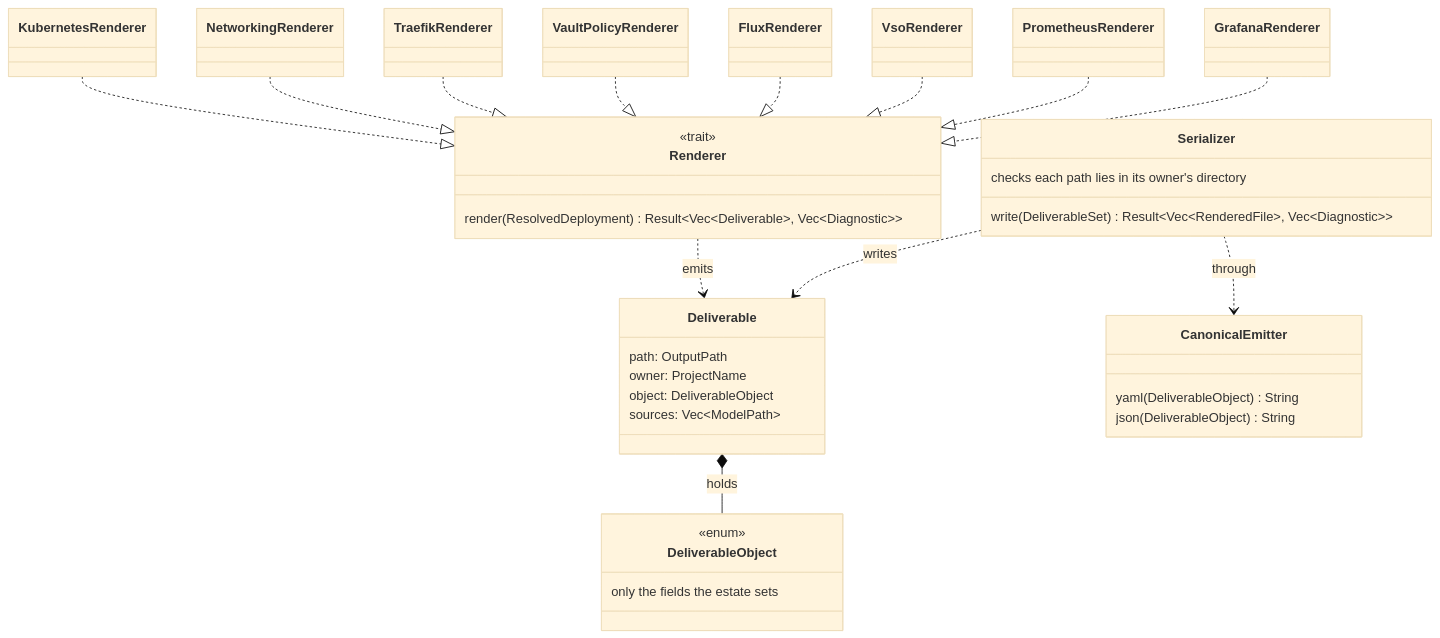
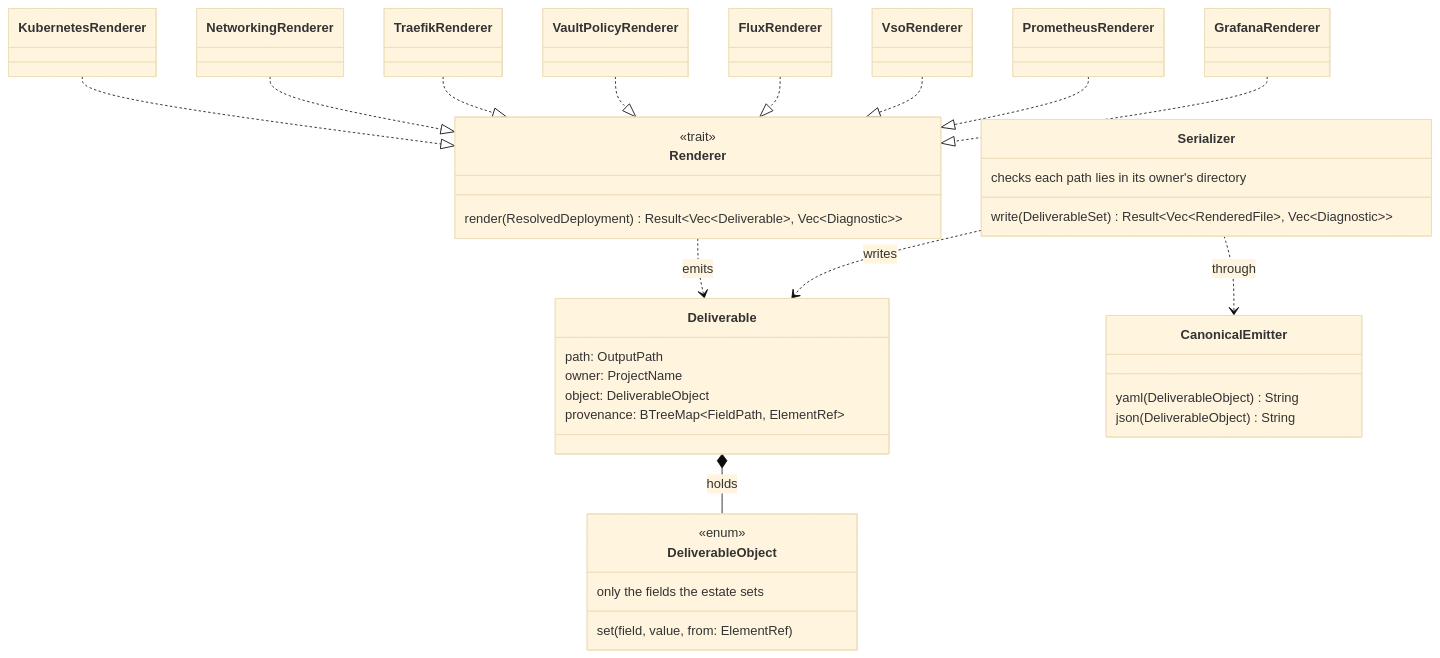
One commit to JorisJonkers-dev/estate-kit changed the diagram in docs/diagrams/raw/rust-step-render.mmd. Above: the diagram before and after it, drawn with Mermaid (base theme). The commit also changed 20 other files, not shown here.

```diff
--- a/docs/diagrams/raw/rust-step-render.mmd
+++ b/docs/diagrams/raw/rust-step-render.mmd
@@ -1,57 +1,58 @@
 %% title: Rust: eight renderers behind one trait, and one serializer
 classDiagram
     direction TB
     class Renderer {
         <<trait>>
         render(ResolvedDeployment) Result#lt;Vec#lt;Deliverable#gt;, Vec#lt;Diagnostic#gt;#gt;
     }
     class KubernetesRenderer {
     }
     class NetworkingRenderer {
     }
     class TraefikRenderer {
     }
     class VaultPolicyRenderer {
     }
     class FluxRenderer {
     }
     class VsoRenderer {
     }
     class PrometheusRenderer {
     }
     class GrafanaRenderer {
     }
     class Deliverable {
         path: OutputPath
         owner: ProjectName
         object: DeliverableObject
-        sources: Vec#lt;ModelPath#gt;
+        provenance: BTreeMap#lt;FieldPath, ElementRef#gt;
     }
     class DeliverableObject {
         <<enum>>
         only the fields the estate sets
+        set(field, value, from: ElementRef)
     }
     class Serializer {
         write(DeliverableSet) Result#lt;Vec#lt;RenderedFile#gt;, Vec#lt;Diagnostic#gt;#gt;
         checks each path lies in its owner's directory
     }
     class CanonicalEmitter {
         yaml(DeliverableObject) String
         json(DeliverableObject) String
     }
     KubernetesRenderer ..|> Renderer
     NetworkingRenderer ..|> Renderer
     TraefikRenderer ..|> Renderer
     VaultPolicyRenderer ..|> Renderer
     FluxRenderer ..|> Renderer
     VsoRenderer ..|> Renderer
     PrometheusRenderer ..|> Renderer
     GrafanaRenderer ..|> Renderer
     Renderer ..> Deliverable : emits
     Deliverable *-- DeliverableObject : holds
     Serializer ..> Deliverable : writes
     Serializer ..> CanonicalEmitter : through
     classDef accent fill:#0000a1,stroke:#0000b1
     classDef data fill:#0000a2,stroke:#0000b2
     class Renderer:::accent
     class Deliverable:::data
```
